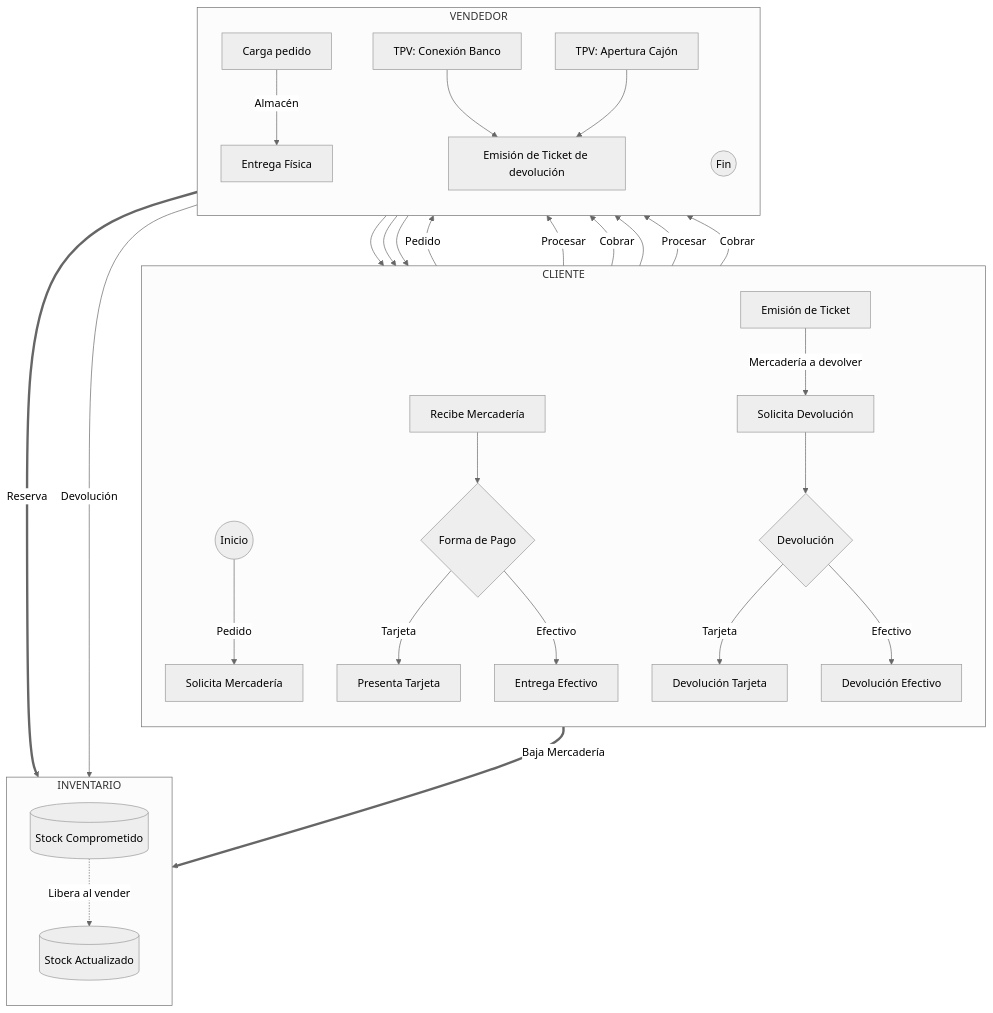
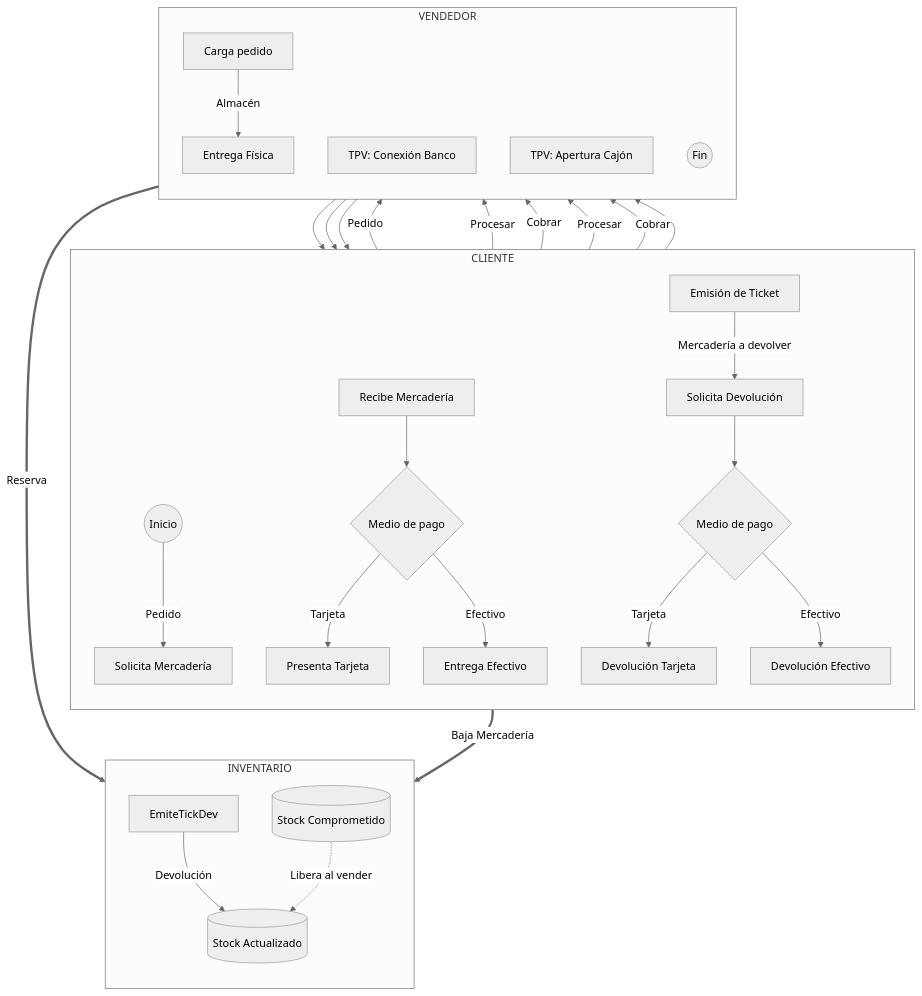
Before and after one commit to alejandromiconi/Mermaid: the diagram in eme.tiendas_fisicas.mmd, drawn with Mermaid (neutral theme).

```diff
--- a/eme.tiendas_fisicas.mmd
+++ b/eme.tiendas_fisicas.mmd
@@ -1,47 +1,44 @@
 graph TD
     subgraph Cliente ["CLIENTE"]
         direction TB
         Start((Inicio)) -->|Pedido| SolicitaPedido[Solicita Mercadería]
         RecibeProd[Recibe Mercadería]
-        RecibeProd --> DecidePago{Forma de Pago}
+        RecibeProd --> DecidePago{Medio de pago}
         DecidePago -->|Tarjeta| PagaTarjeta[Presenta Tarjeta]
         DecidePago -->|Efectivo| PagaEfectivo[Entrega Efectivo]
 
 
         EmiteTick((Devolución)) -->|Mercadería a devolver| SolicitaDevolucion[Solicita Devolución]
-        SolicitaDevolucion --> DecideDevolucion{Devolución}
+        SolicitaDevolucion --> DecideDevolucion{Medio de pago}
         DecideDevolucion -->|Tarjeta| DevolTarjeta[Devolución Tarjeta]
         DecideDevolucion -->|Efectivo| DevolEfectivo[Devolución Efectivo]
     end
 
     subgraph Vendedor ["VENDEDOR"]
         direction TB
         SolicitaPedido -->|Pedido| CargaApp[Carga pedido]
         CargaApp -->|Almacén| EntregaFisica[Entrega Física]
         EntregaFisica --> RecibeProd
 
         %% Lógica de Cobro según medio
         PagaTarjeta -->|Procesar| TPV_Bank[TPV: Conexión Banco]
         PagaEfectivo -->|Cobrar| TPV_Caja[TPV: Apertura Cajón]
         
+        DevolTarjeta -->|Procesar| TPV_Bank
+        DevolEfectivo -->|Cobrar| TPV_Caja
+
         TPV_Bank --> EmiteTick[Emisión de Ticket]
         TPV_Caja --> EmiteTick
         EmiteTick --> End((Fin))
-
-        DevolTarjeta -->|Procesar| TPV_Bank[TPV: Conexión Banco]
-        DevolEfectivo -->|Cobrar| TPV_Caja[TPV: Apertura Cajón]
-        
-        TPV_Bank --> EmiteTickDev[Emisión de Ticket de devolución]
-        TPV_Caja --> EmiteTickDev
     end
 
     subgraph Sistemas ["INVENTARIO"]
         direction TB
         CargaApp ==>|Reserva| InvReserva[(Stock Comprometido)]
         EmiteTick ==>|Baja Mercadería| InvFinal[(Stock Actualizado)]
 
         EmiteTickDev -->|Devolución| InvFinal
 
         %% Conexión de estados
         InvReserva -.->|Libera al vender| InvFinal
     end
```
